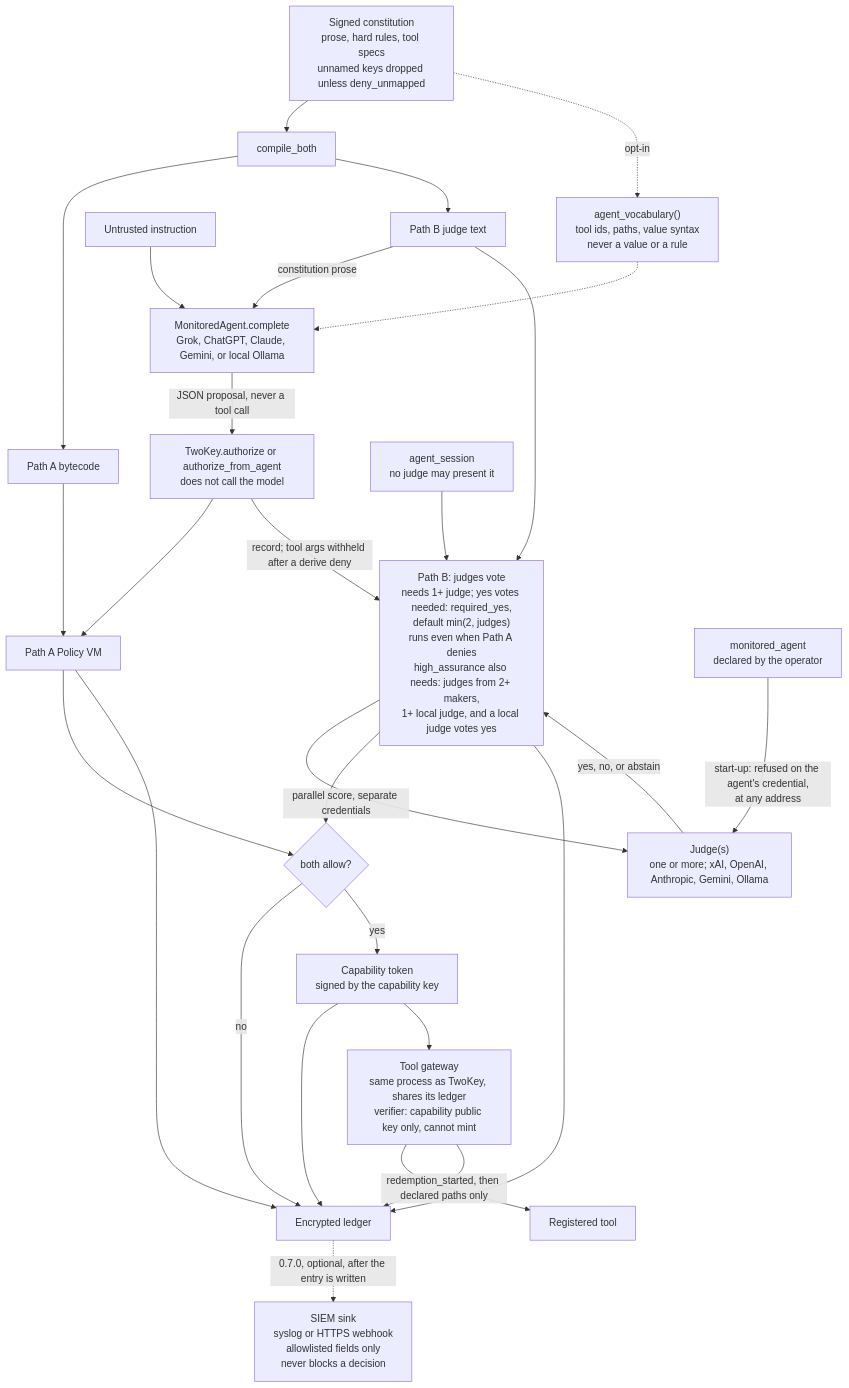
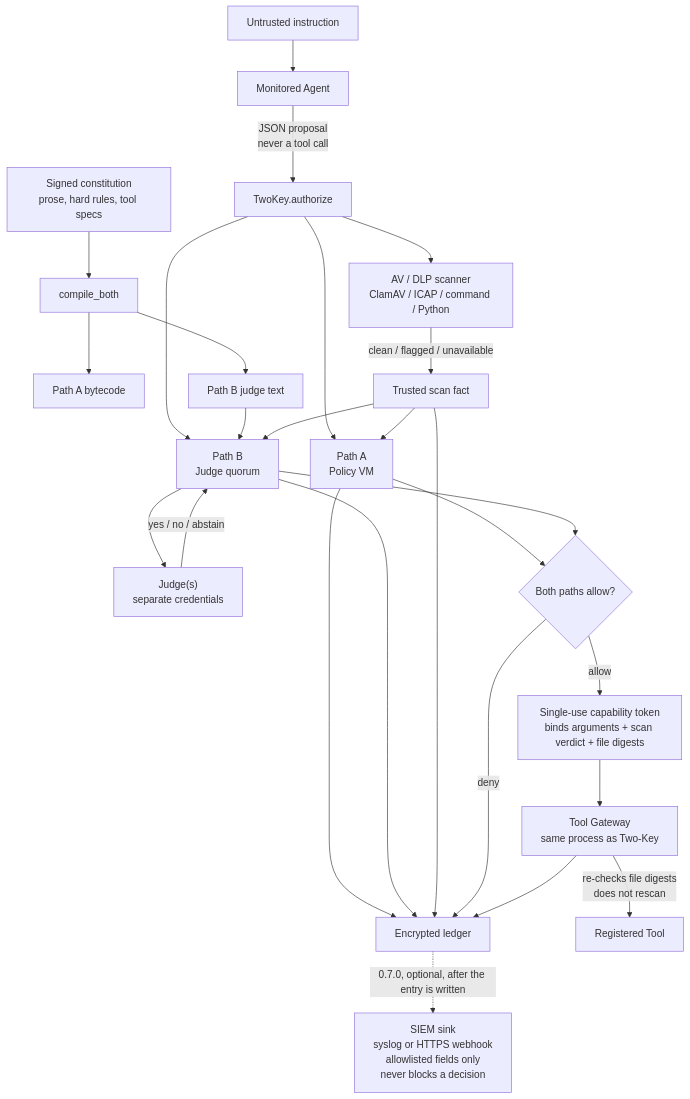
One commit to Insomniac-VibeLabs/two-key changed the second of 4 diagrams in README.md. Above: the diagram before and after it, drawn with Mermaid.

````diff
--- a/README.md
+++ b/README.md
@@ -269,30 +269,28 @@
 ```mermaid
 flowchart TD
-  constitution["Signed constitution<br/>prose, hard rules, tool specs<br/>unnamed keys dropped unless deny_unmapped"] --> compile["compile_both"]
+  constitution["Signed constitution<br/>prose, hard rules, tool specs"] --> compile["compile_both"]
   compile --> bytecode["Path A bytecode"]
   compile --> judgeText["Path B judge text"]
-  instruction["Untrusted instruction"] --> agent["MonitoredAgent.complete<br/>Grok, ChatGPT, Claude, Gemini, or local Ollama"]
-  judgeText -->|"constitution prose"| agent
-  constitution -.->|"opt-in"| vocab["agent_vocabulary()<br/>tool ids, paths, value syntax<br/>never a value or a rule"]
-  vocab -.-> agent
-  agent -->|"JSON proposal, never a tool call"| authorize["TwoKey.authorize or authorize_from_agent<br/>does not call the model"]
-  bytecode --> pathA["Path A Policy VM"]
-  authorize --> pathA
-  authorize -->|"record; tool args withheld after a derive deny"| pathB["Path B: judges vote<br/>needs 1+ judge; yes votes needed: required_yes,<br/>default min(2, judges)<br/>runs even when Path A denies<br/>high_assurance also needs: judges from 2+ makers,<br/>1+ local judge, and a local judge votes yes"]
+  instruction["Untrusted instruction"] --> agent["Monitored Agent"]
+  agent -->|"JSON proposal<br/>never a tool call"| authorize["TwoKey.authorize"]
+  authorize --> scanner["AV / DLP scanner<br/>ClamAV / ICAP / command / Python"]
+  scanner -->|"clean / flagged / unavailable"| scan["Trusted scan fact"]
+  authorize --> pathA["Path A<br/>Policy VM"]
+  scan --> pathA
+  authorize --> pathB["Path B<br/>Judge quorum"]
   judgeText --> pathB
-  declared["monitored_agent<br/>declared by the operator"] -->|"start-up: refused on the agent's credential,<br/>at any address"| judges
-  session["agent_session<br/>no judge may present it"] --> pathB
-  pathB -->|"parallel score, separate credentials"| judges["Judge(s)<br/>one or more; xAI, OpenAI, Anthropic, Gemini, Ollama"]
-  judges -->|"yes, no, or abstain"| pathB
-  pathA --> gate{"both allow?"}
+  scan --> pathB
+  pathB --> judges["Judge(s)<br/>separate credentials"]
+  judges -->|"yes / no / abstain"| pathB
+  pathA --> gate{"Both paths allow?"}
   pathB --> gate
   pathA --> ledger["Encrypted ledger"]
   pathB --> ledger
-  gate -->|no| ledger
-  gate -->|yes| token["Capability token<br/>signed by the capability key"]
-  token --> ledger
-  token --> gateway["Tool gateway<br/>same process as TwoKey, shares its ledger<br/>verifier: capability public key only, cannot mint"]
-  gateway -->|"redemption_started, then declared paths only"| tool["Registered tool"]
+  scan --> ledger
+  gate -->|"deny"| ledger
+  gate -->|"allow"| token["Single-use capability token<br/>binds arguments + scan verdict + file digests"]
+  token --> gateway["Tool Gateway<br/>same process as Two-Key"]
+  gateway -->|"re-checks file digests<br/>does not rescan"| tool["Registered Tool"]
   gateway --> ledger
   ledger -.->|"0.7.0, optional, after the entry is written"| siem["SIEM sink<br/>syslog or HTTPS webhook<br/>allowlisted fields only<br/>never blocks a decision"]
 ```
````
